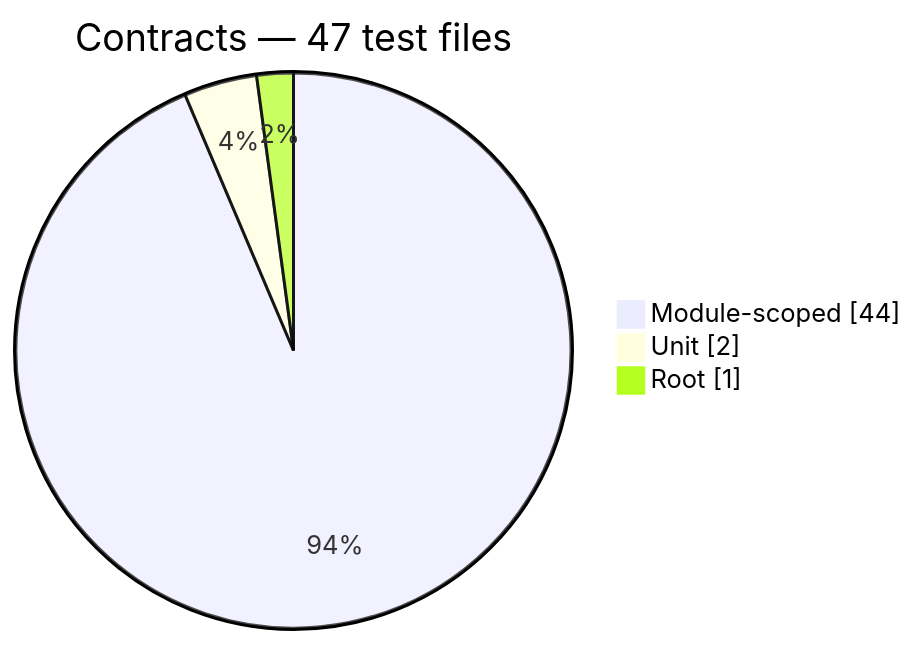
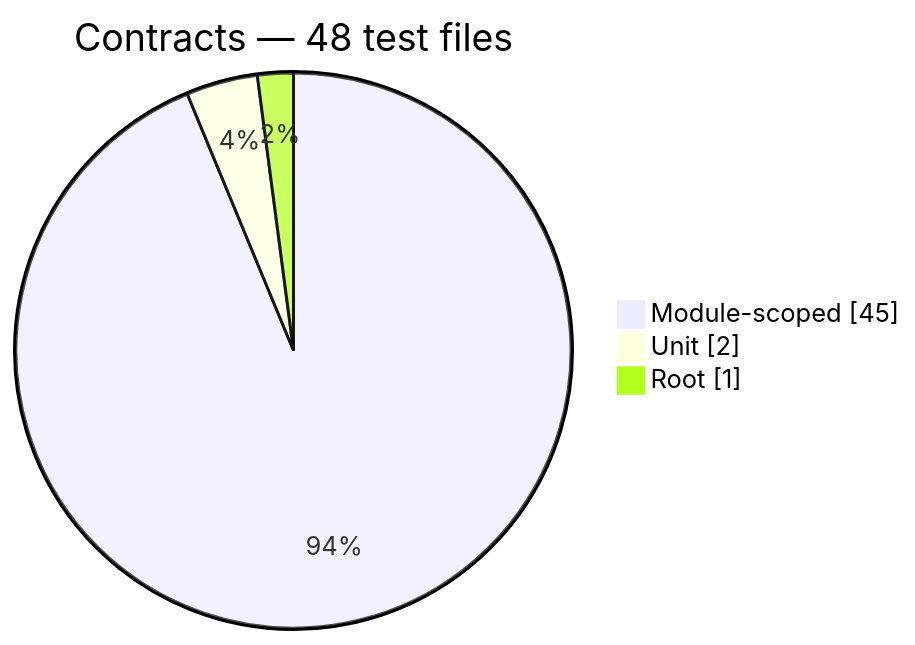
One commit to PHP-Arazzo/php-arazzo changed the first of 13 diagrams in docs/generated/test-composition.md. Above: the diagram before and after it, drawn with Mermaid. The commit also changed other lines of this file and 16 other files, not shown here.

Commit message:
docs(generated): regenerate architecture diagrams and API docs for transport failure handling

````diff
--- a/docs/generated/test-composition.md
+++ b/docs/generated/test-composition.md
@@ -14,7 +14,7 @@
 ```mermaid
 pie showData
-    title Contracts — 47 test files
-    "Module-scoped": 44
+    title Contracts — 48 test files
+    "Module-scoped": 45
     "Unit": 2
     "Root": 1
 ```
````
